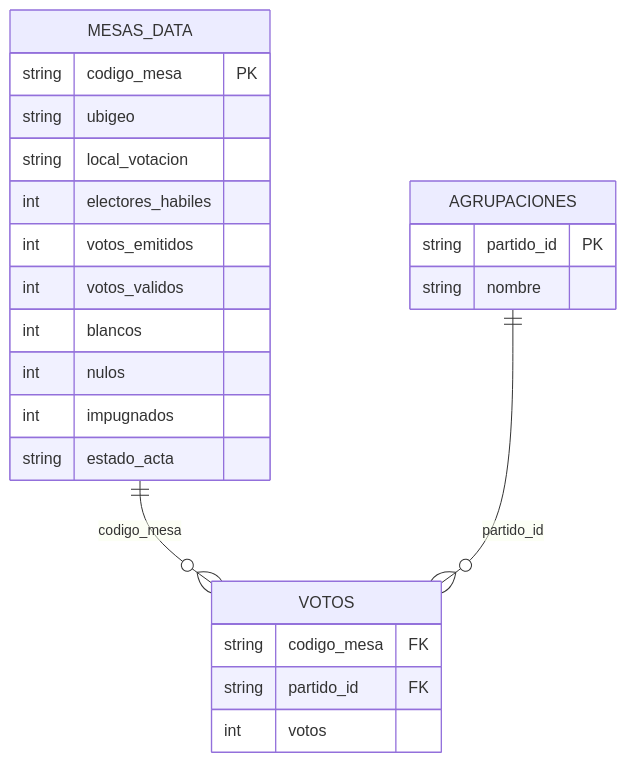
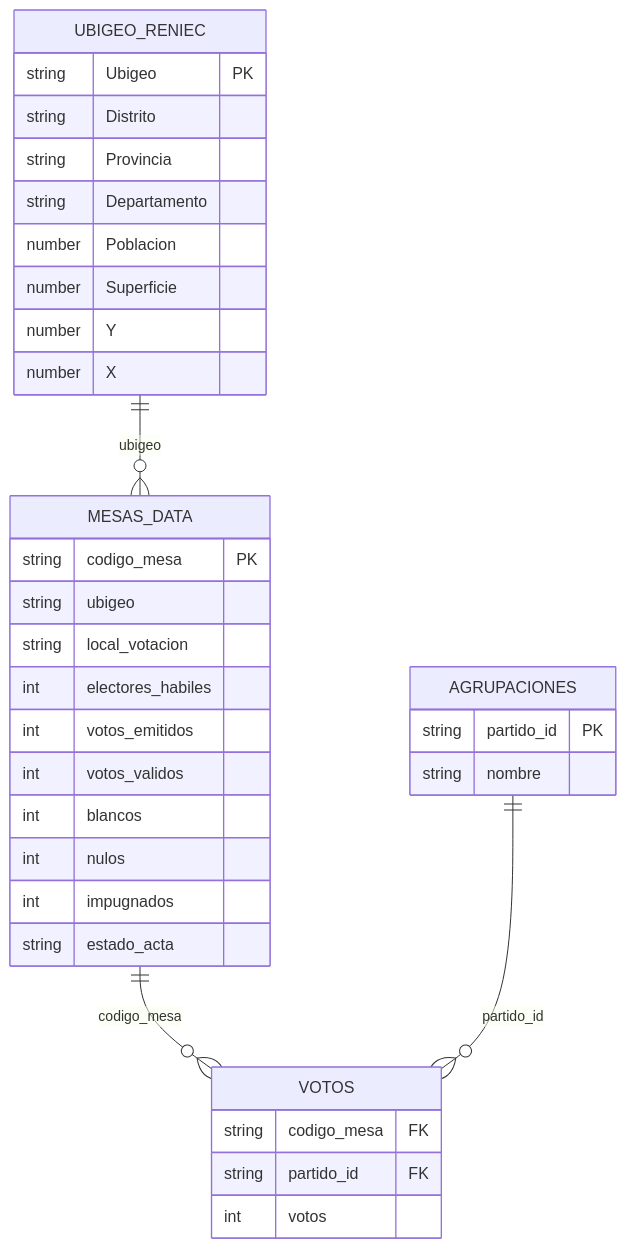
The diagram in README.md (oscarzamora/onpeescraper), drawn with Mermaid before and after one commit. The commit also changed other lines of this file and 1 other file, not shown here.

Commit message:
Reincorpora ubigeo en source_data y actualiza README con ERD y origen

````diff
--- a/README.md
+++ b/README.md
@@ -28,29 +28,41 @@
 ```mermaid
 erDiagram
 	MESAS_DATA ||--o{ VOTOS : codigo_mesa
 	AGRUPACIONES ||--o{ VOTOS : partido_id
+	UBIGEO_RENIEC ||--o{ MESAS_DATA : ubigeo
 
 	MESAS_DATA {
 		string codigo_mesa PK
 		string ubigeo
 		string local_votacion
 		int electores_habiles
 		int votos_emitidos
 		int votos_validos
 		int blancos
 		int nulos
 		int impugnados
 		string estado_acta
 	}
 
 	AGRUPACIONES {
 		string partido_id PK
 		string nombre
 	}
 
 	VOTOS {
 		string codigo_mesa FK
 		string partido_id FK
 		int votos
 	}
+
+	UBIGEO_RENIEC {
+		string Ubigeo PK
+		string Distrito
+		string Provincia
+		string Departamento
+		number Poblacion
+		number Superficie
+		number Y
+		number X
+	}
 ```
````
